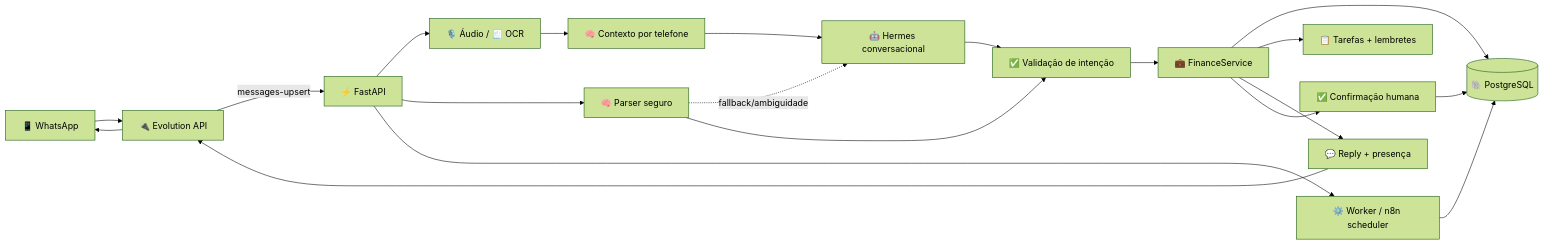
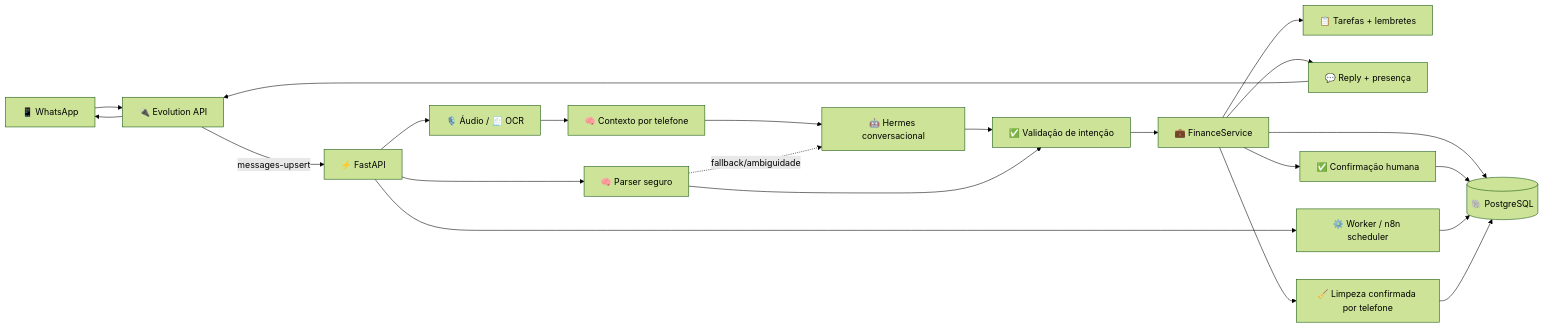
One commit to DevFbz/CofrinIA---Agente-Financeiro changed the diagram in README.md. Above: the diagram before and after it, drawn with Mermaid (forest theme). The commit also changed other lines of this file and 8 other files, not shown here.

````diff
--- a/README.md
+++ b/README.md
@@ -88,22 +89,24 @@
 ```mermaid
 flowchart LR
     W[📱 WhatsApp] --> E[🔌 Evolution API]
     E -->|messages-upsert| A[⚡ FastAPI]
     A --> M[🎙️ Áudio / 🧾 OCR]
     M --> C[🧠 Contexto por telefone]
     A --> P[🧠 Parser seguro]
     C --> H[🤖 Hermes conversacional]
     P -. fallback/ambiguidade .-> H
     H --> V[✅ Validação de intenção]
     P --> V
     V --> S[💼 FinanceService]
     S --> D[(🐘 PostgreSQL)]
     S --> T[📋 Tarefas + lembretes]
     S --> R[💬 Reply + presença]
+    S --> CLR[🧹 Limpeza confirmada por telefone]
     R --> E
     E --> W
     S --> CFM[✅ Confirmação humana]
     CFM --> D
     A --> WKR[⚙️ Worker / n8n scheduler]
     WKR --> D
+    CLR --> D
 ```
````
